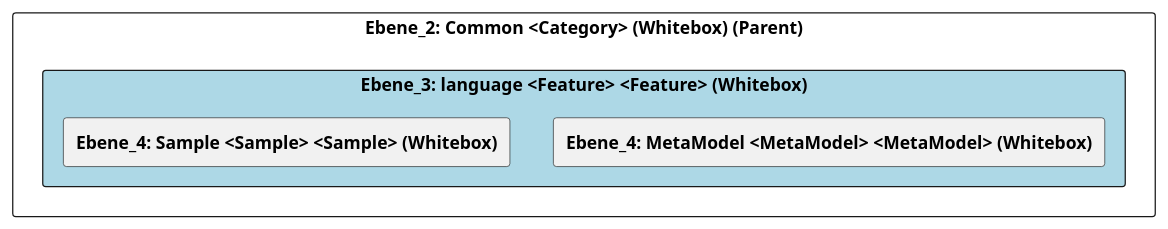
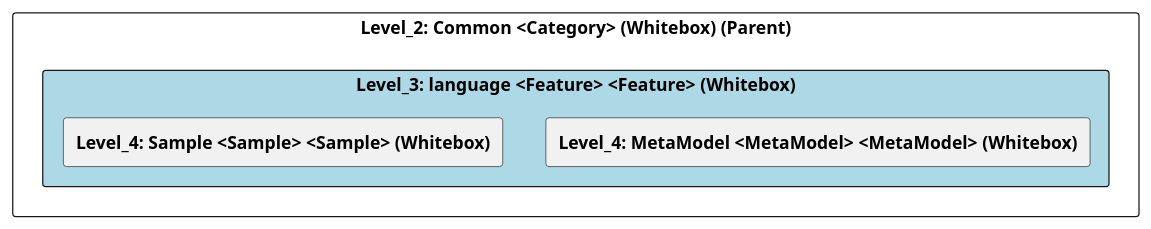
Before and after one commit to marcozwyssig/cleon: the diagram in doc/cleonproject_deliverables_architecture_model_architecture/adoc/de/05_bausteinsicht/cleon/common/language/ebene_3_language.adoc, drawn with PlantUML. The commit also changed other lines of this file and 83 other files, not shown here.

```diff
--- a/doc/cleonproject_deliverables_architecture_model_architecture/adoc/de/05_bausteinsicht/cleon/common/language/ebene_3_language.adoc
+++ b/doc/cleonproject_deliverables_architecture_model_architecture/adoc/de/05_bausteinsicht/cleon/common/language/ebene_3_language.adoc
@@ -20,25 +20,25 @@
-[plantuml, Ebene_3: language <Feature> <Feature> (Whitebox)BlockOverview, format="svg"]
+[plantuml, Level_3: language <Feature> <Feature> (Whitebox)BlockOverview, format="svg"]
 ----
-@startuml Ebene_3: language <Feature> <Feature> (Whitebox)BuildingBlockOverview
+@startuml Level_3: language <Feature> <Feature> (Whitebox)BuildingBlockOverview
 
 skinparam ranksep 10
 skinparam componentStyle rectangle
 skinparam shadowing false
 skinparam arrowColor lightblue
 skinparam arrowThickness 1.2
 skinparam rectangle {
   BackgroundColor White
   BorderColor #333
   RoundCorner 10
 }
 top to bottom direction
 
-component "Ebene_2: Common <Category> (Whitebox) (Parent)" {
-    component "Ebene_3: language <Feature> <Feature> (Whitebox)" #lightblue {
-        [**Ebene_4: MetaModel <MetaModel> <MetaModel> (Whitebox)**] as 4A56B729_D579_11EE_903E_9F564E4DE07E
-        [**Ebene_4: Sample <Sample> <Sample> (Whitebox)**] as 4A56DE4A_D579_11EE_903E_9F564E4DE07E
+component "Level_2: Common <Category> (Whitebox) (Parent)" {
+    component "Level_3: language <Feature> <Feature> (Whitebox)" #lightblue {
+        [**Level_4: MetaModel <MetaModel> <MetaModel> (Whitebox)**] as 4A56B729_D579_11EE_903E_9F564E4DE07E
+        [**Level_4: Sample <Sample> <Sample> (Whitebox)**] as 4A56DE4A_D579_11EE_903E_9F564E4DE07E
     }
 }
 
 @enduml
 ----
```
